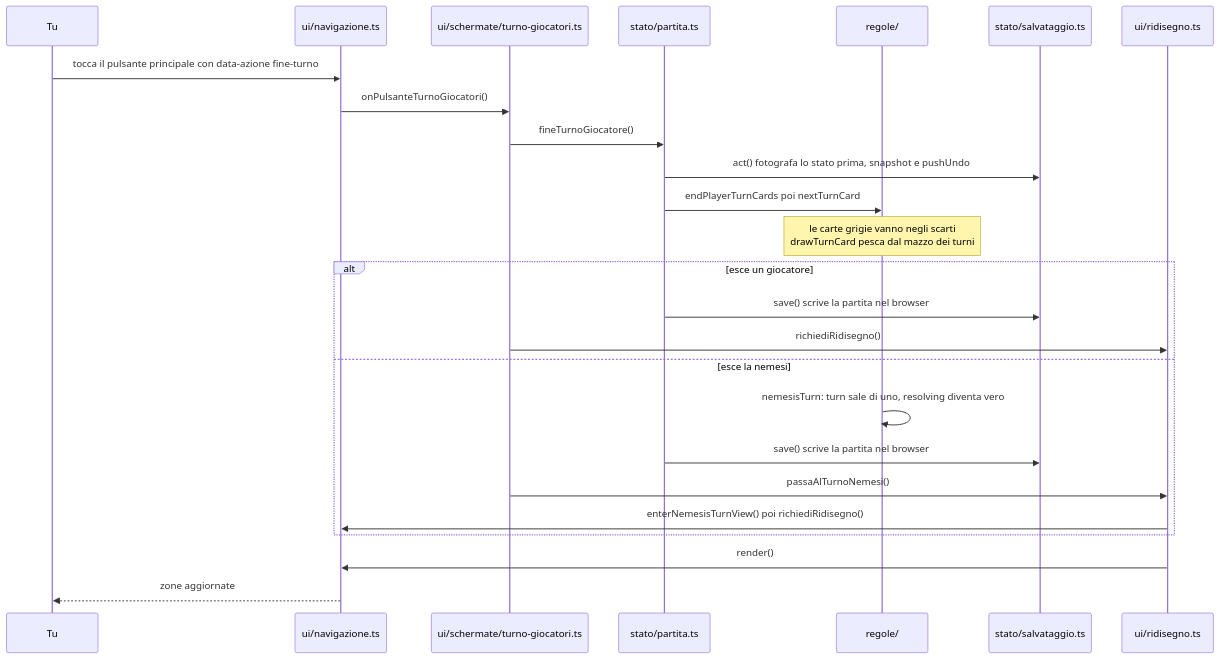
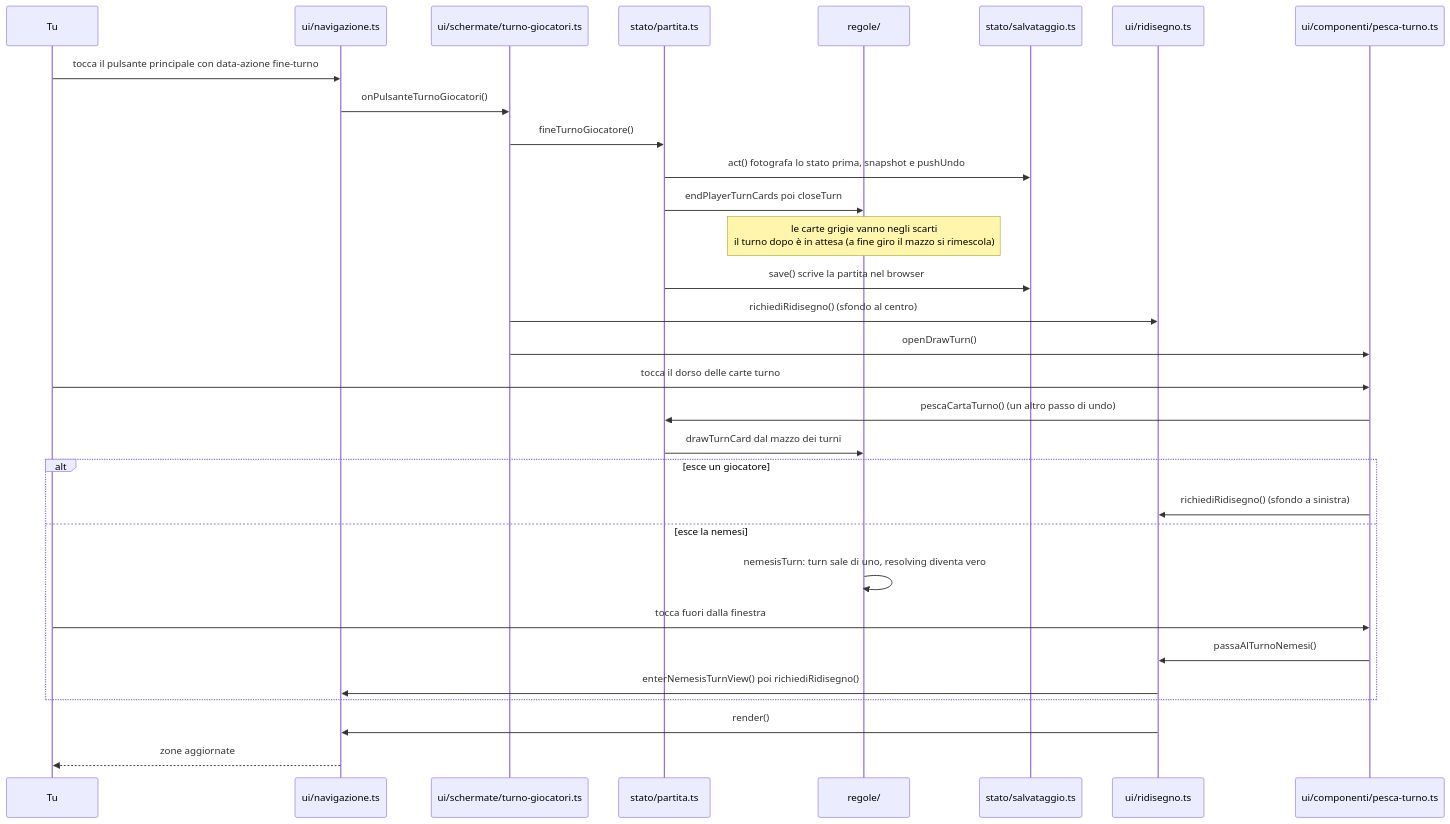
The second of 4 diagrams in docs/04-un-tocco.md (lorenzvittori/AeonsEnd_App_0.3), drawn with Mermaid before and after one commit. The commit also changed other lines of this file and 56 other files, not shown here.

Commit message:
shcermata pesca mazzo turno

````diff
--- a/docs/04-un-tocco.md
+++ b/docs/04-un-tocco.md
@@ -43,27 +44,33 @@
 ```mermaid
 sequenceDiagram
     participant U as Tu
     participant N as ui/navigazione.ts
     participant G as ui/schermate/turno-giocatori.ts
     participant P as stato/partita.ts
     participant R as regole/
     participant S as stato/salvataggio.ts
     participant A as ui/ridisegno.ts
+    participant W as ui/componenti/pesca-turno.ts
     U->>N: tocca il pulsante principale con data-azione fine-turno
     N->>G: onPulsanteTurnoGiocatori()
     G->>P: fineTurnoGiocatore()
     P->>S: act() fotografa lo stato prima, snapshot e pushUndo
-    P->>R: endPlayerTurnCards poi nextTurnCard
-    Note over R: le carte grigie vanno negli scarti<br/>drawTurnCard pesca dal mazzo dei turni
+    P->>R: endPlayerTurnCards poi closeTurn
+    Note over R: le carte grigie vanno negli scarti<br/>il turno dopo è in attesa (a fine giro il mazzo si rimescola)
+    P->>S: save() scrive la partita nel browser
+    G->>A: richiediRidisegno() (sfondo al centro)
+    G->>W: openDrawTurn()
+    U->>W: tocca il dorso delle carte turno
+    W->>P: pescaCartaTurno() (un altro passo di undo)
+    P->>R: drawTurnCard dal mazzo dei turni
     alt esce un giocatore
-        P->>S: save() scrive la partita nel browser
-        G->>A: richiediRidisegno()
+        W->>A: richiediRidisegno() (sfondo a sinistra)
     else esce la nemesi
         R->>R: nemesisTurn: turn sale di uno, resolving diventa vero
-        P->>S: save() scrive la partita nel browser
-        G->>A: passaAlTurnoNemesi()
+        U->>W: tocca fuori dalla finestra
+        W->>A: passaAlTurnoNemesi()
         A->>N: enterNemesisTurnView() poi richiediRidisegno()
     end
     A->>N: render()
     N-->>U: zone aggiornate
 ```
````
